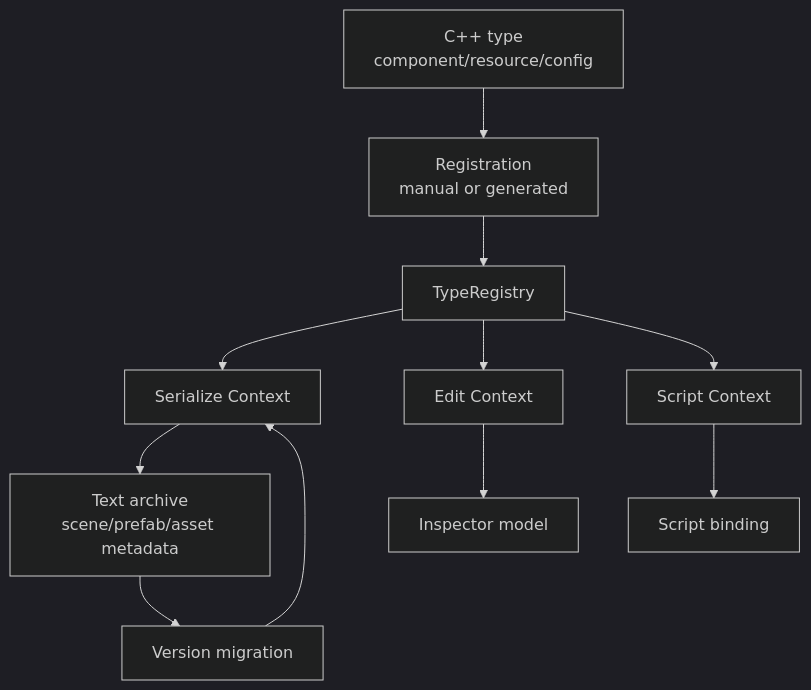
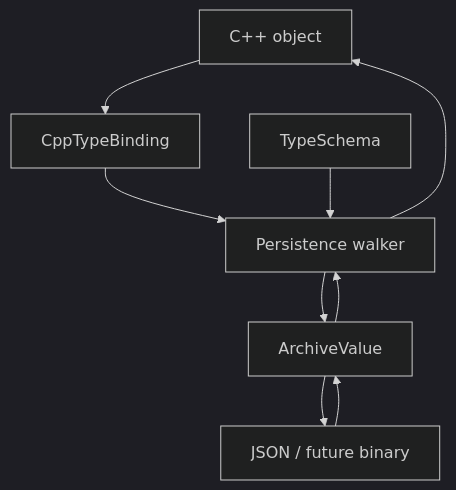
The second of 3 diagrams in docs/systems/reflection-serialization.md (66six11/Engine), drawn with Mermaid (dark theme) before and after one commit. The commit also changed other lines of this file and 10 other files, not shown here.

Commit message:
docs: reset schema persistence architecture

````diff
--- a/docs/systems/reflection-serialization.md
+++ b/docs/systems/reflection-serialization.md
@@ -95,19 +305,15 @@
 ```mermaid
 flowchart TD
-    CppType["C++ type<br/>component/resource/config"]
-    Register["Registration<br/>manual or generated"]
-    TypeReg["TypeRegistry"]
-    SerializeCtx["Serialize Context"]
-    EditCtx["Edit Context"]
-    ScriptCtx["Script Context"]
-    Archive["Text archive<br/>scene/prefab/asset metadata"]
-    Migration["Version migration"]
-    Inspector["Inspector model"]
-    Binding["Script binding"]
+    Object["C++ object"]
+    Binding["CppTypeBinding"]
+    Schema["TypeSchema"]
+    Persist["Persistence walker"]
+    Archive["ArchiveValue"]
+    Json["JSON / future binary"]
 
-    CppType --> Register --> TypeReg
-    TypeReg --> SerializeCtx --> Archive
-    Archive --> Migration --> SerializeCtx
-    TypeReg --> EditCtx --> Inspector
-    TypeReg --> ScriptCtx --> Binding
+    Object --> Binding
+    Binding --> Persist
+    Schema --> Persist
+    Persist --> Archive --> Json
+    Json --> Archive --> Persist --> Object
 ```
````
